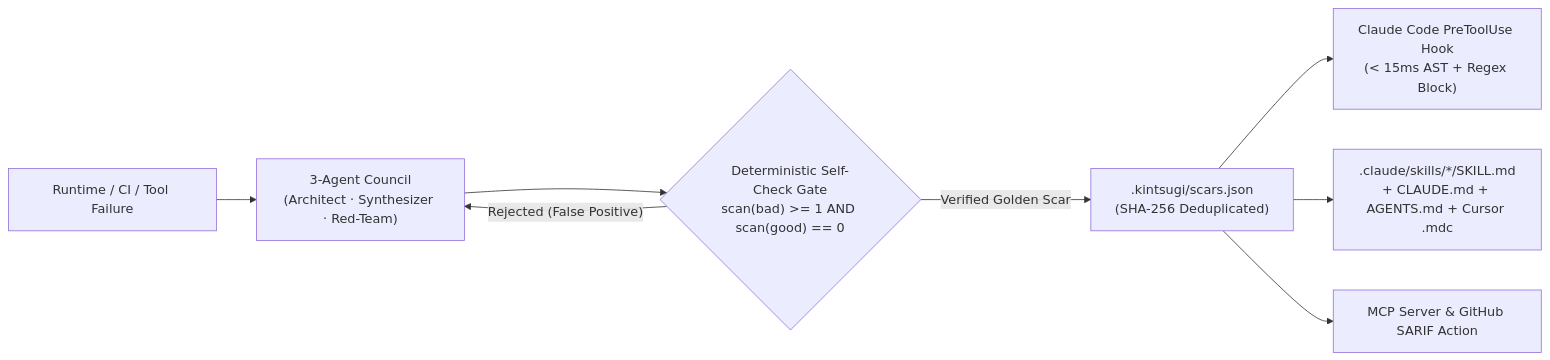
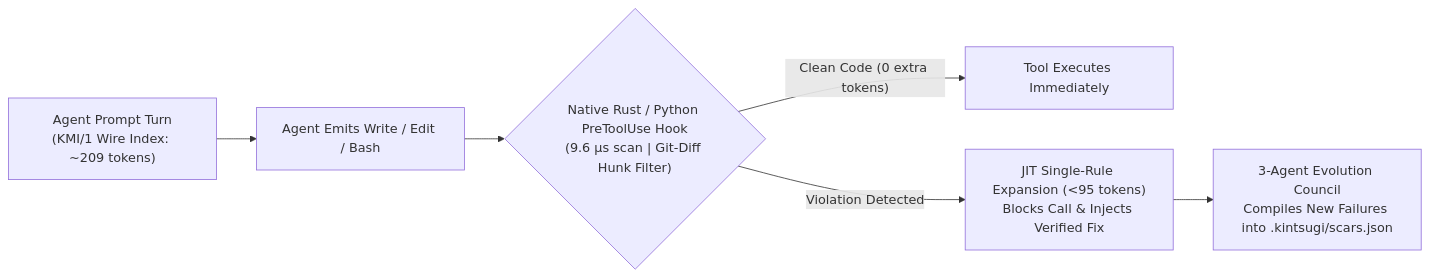
One commit to actions-marketplace-validations/tunguyen1993_kintsugi-harness changed the diagram in README.md. Above: the diagram before and after it, drawn with Mermaid. The commit also changed other lines of this file and 17 other files, not shown here.

Commit message:
feat: release v0.3.0 (native Rust kintsugi-rs engine, KMI/1 >93% token compressor, A+ posture auditor & Open-Core pack loader)

````diff
--- a/README.md
+++ b/README.md
@@ -30,10 +31,8 @@
 ```mermaid
 flowchart LR
-    A["Runtime / CI / Tool Failure"] --> B["3-Agent Council\n(Architect · Synthesizer · Red-Team)"]
-    B --> C{"Deterministic Self-Check Gate\nscan(bad) >= 1 AND scan(good) == 0"}
-    C -- "Rejected (False Positive)" --> B
-    C -- "Verified Golden Scar" --> D[".kintsugi/scars.json\n(SHA-256 Deduplicated)"]
-    D --> E["Claude Code PreToolUse Hook\n(< 15ms AST + Regex Block)"]
-    D --> F[".claude/skills/*/SKILL.md\n+ CLAUDE.md + AGENTS.md + Cursor .mdc"]
-    D --> G["MCP Server & GitHub SARIF Action"]
+    A["Agent Prompt Turn\n(KMI/1 Wire Index: ~209 tokens)"] --> B["Agent Emits Write / Edit / Bash"]
+    B --> C{"Native Rust / Python PreToolUse Hook\n(9.6 µs scan | Git-Diff Hunk Filter)"}
+    C -- "Clean Code (0 extra tokens)" --> D["Tool Executes Immediately"]
+    C -- "Violation Detected" --> E["JIT Single-Rule Expansion (<95 tokens)\nBlocks Call & Injects Verified Fix"]
+    E --> F["3-Agent Evolution Council\nCompiles New Failures into .kintsugi/scars.json"]
 ```
````
